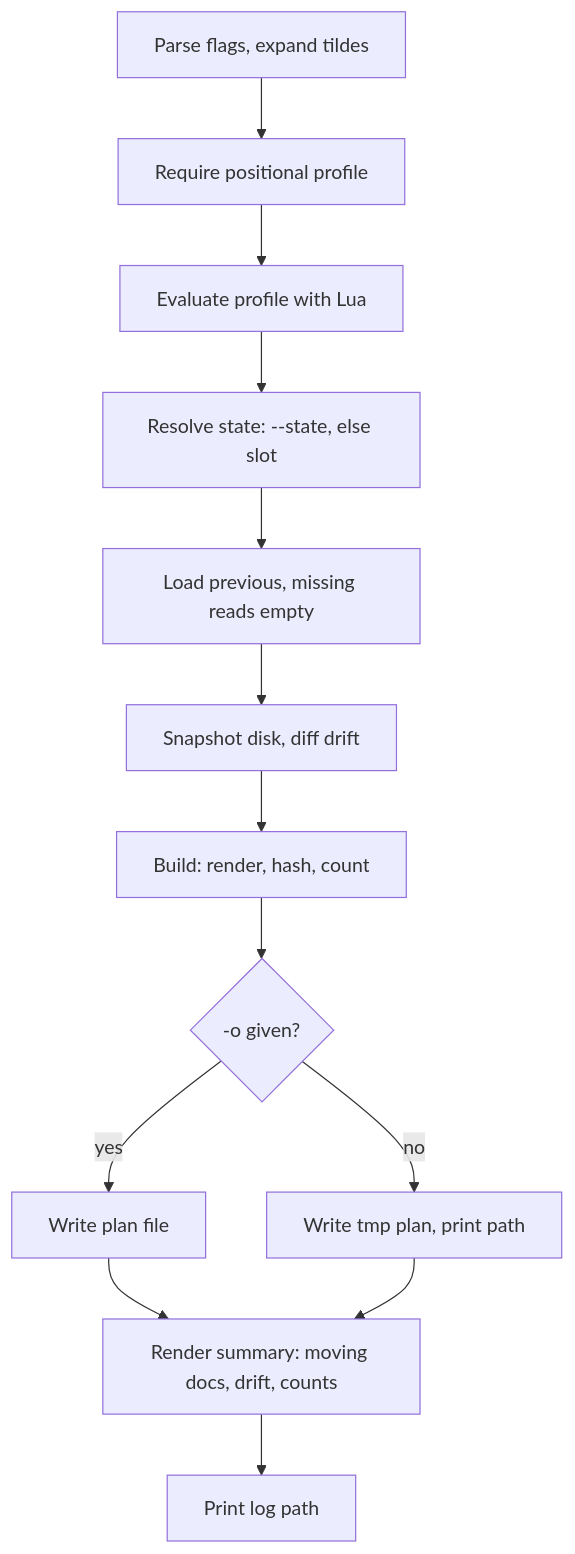
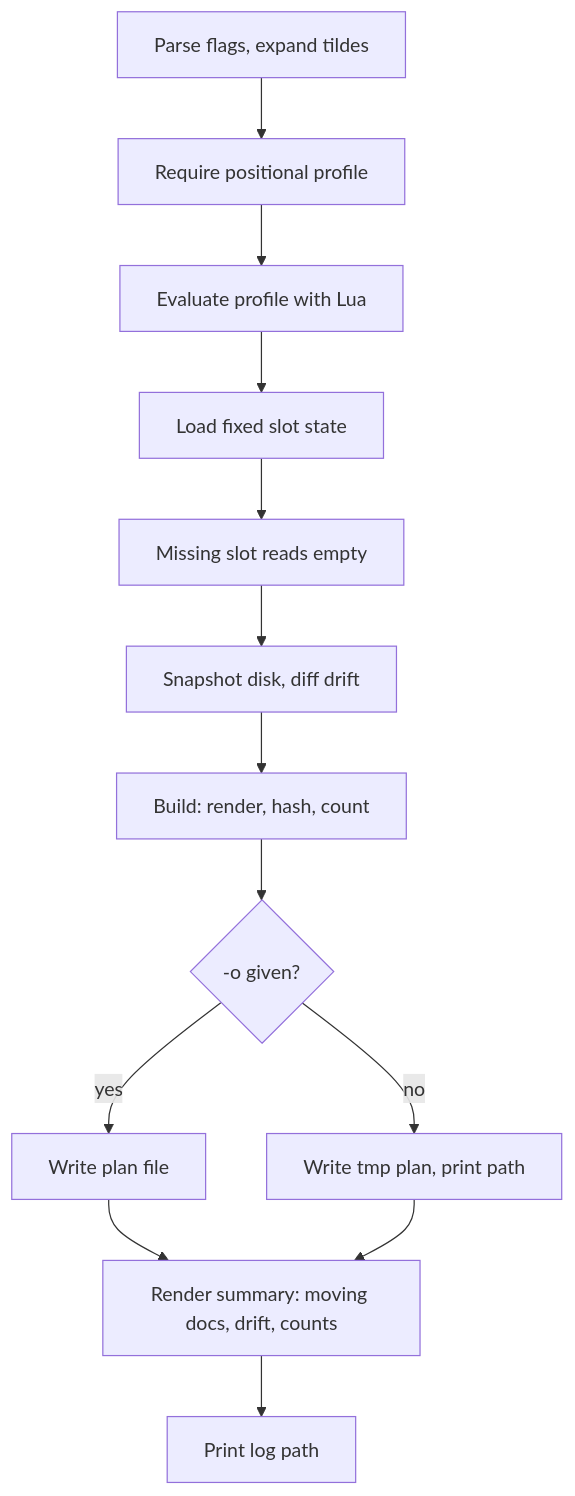
Before and after one commit to SolracHQ/confit: the diagram in docs/flows/plan.md, drawn with Mermaid. The commit also changed other lines of this file and 83 other files, not shown here.

````diff
--- a/docs/flows/plan.md
+++ b/docs/flows/plan.md
@@ -7,15 +7,15 @@
 ```mermaid
 flowchart TD
     A["Parse flags, expand tildes"] --> B["Require positional profile"]
     B --> C["Evaluate profile with Lua"]
-    C --> D["Resolve state: --state, else slot"]
-    D --> E["Load previous, missing reads empty"]
+    C --> D["Load fixed slot state"]
+    D --> E["Missing slot reads empty"]
     E --> F["Snapshot disk, diff drift"]
     F --> G["Build: render, hash, count"]
     G --> H{"-o given?"}
     H -- yes --> I["Write plan file"]
     H -- no --> J["Write tmp plan, print path"]
     I --> K["Render summary: moving docs, drift, counts"]
     J --> K
     K --> L["Print log path"]
 ```
````
